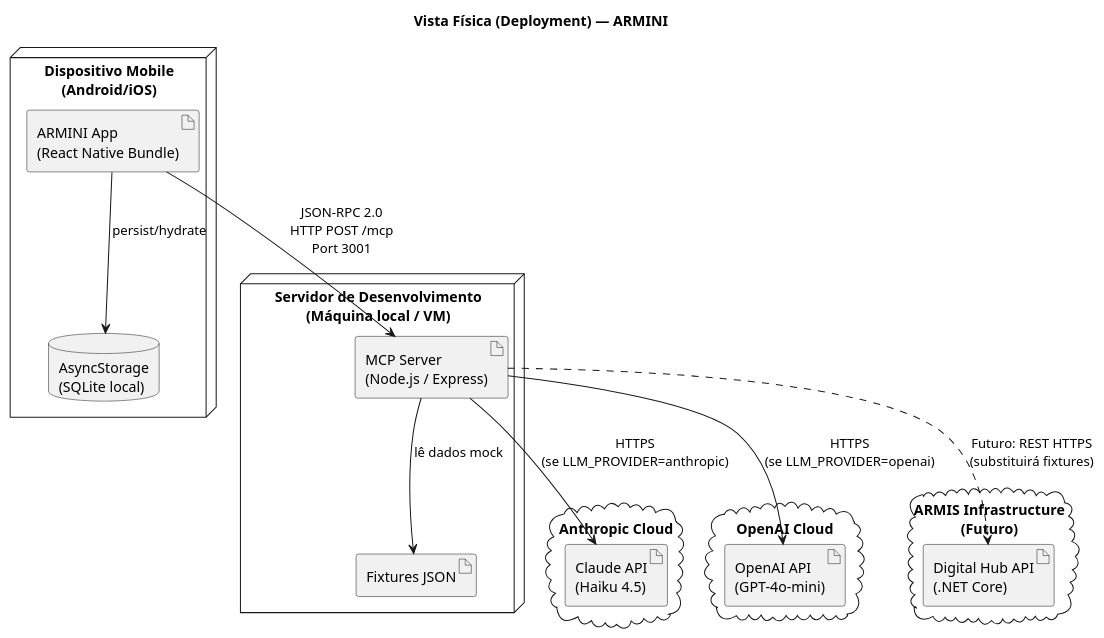
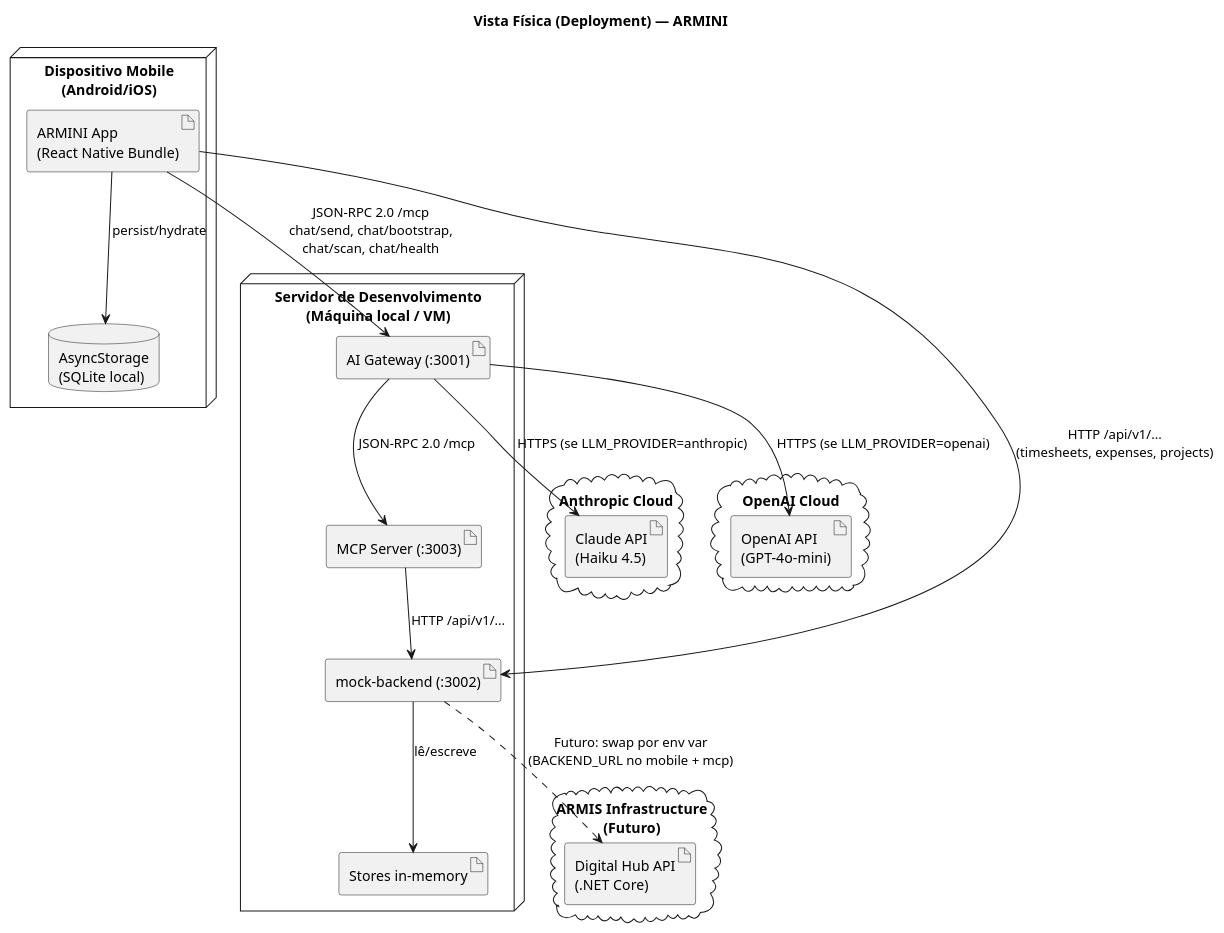
Before and after one commit to gabsilva17/projeto-armis: diagram 11 of 14 in armini/docs/architecture.md, drawn with PlantUML. The commit also changed other lines of this file and 5 other files, not shown here.

````diff
--- a/armini/docs/architecture.md
+++ b/armini/docs/architecture.md
@@ -624,37 +739,43 @@
 ```plantuml
 @startuml Vista_Fisica
 skinparam nodeStyle rectangle
 
 title Vista Física (Deployment) — ARMINI
 
 node "Dispositivo Mobile\n(Android/iOS)" as mobile {
     artifact "ARMINI App\n(React Native Bundle)" as app
     database "AsyncStorage\n(SQLite local)" as localStorage
     app --> localStorage : persist/hydrate
 }
 
 node "Servidor de Desenvolvimento\n(Máquina local / VM)" as devServer {
-    artifact "MCP Server\n(Node.js / Express)" as mcpApp
-    artifact "Fixtures JSON" as fixturesNode
-    mcpApp --> fixturesNode : lê dados mock
+    artifact "AI Gateway (:3001)" as gwApp
+    artifact "MCP Server (:3003)" as mcpApp
+    artifact "mock-backend (:3002)" as mockApp
+    artifact "Stores in-memory" as memStore
+
+    gwApp --> mcpApp : JSON-RPC 2.0 /mcp
+    mcpApp --> mockApp : HTTP /api/v1/...
+    mockApp --> memStore : lê/escreve
 }
 
 cloud "Anthropic Cloud" as anthropicCloud {
     artifact "Claude API\n(Haiku 4.5)" as claudeAPI
 }
 
 cloud "OpenAI Cloud" as openaiCloud {
     artifact "OpenAI API\n(GPT-4o-mini)" as gptAPI
 }
 
 cloud "ARMIS Infrastructure\n(Futuro)" as armisCloud {
     artifact "Digital Hub API\n(.NET Core)" as digitalHubAPI
 }
 
-app --> mcpApp : JSON-RPC 2.0\nHTTP POST /mcp\nPort 3001
-mcpApp --> claudeAPI : HTTPS\n(se LLM_PROVIDER=anthropic)
-mcpApp --> gptAPI : HTTPS\n(se LLM_PROVIDER=openai)
-mcpApp ..> digitalHubAPI : Futuro: REST HTTPS\n(substituirá fixtures)
+app --> gwApp : JSON-RPC 2.0 /mcp\nchat/send, chat/bootstrap,\nchat/scan, chat/health
+app --> mockApp : HTTP /api/v1/...\n(timesheets, expenses, projects)
+gwApp --> claudeAPI : HTTPS (se LLM_PROVIDER=anthropic)
+gwApp --> gptAPI : HTTPS (se LLM_PROVIDER=openai)
+mockApp ..> digitalHubAPI : Futuro: swap por env var\n(BACKEND_URL no mobile + mcp)
 
 @enduml
 ```
````
